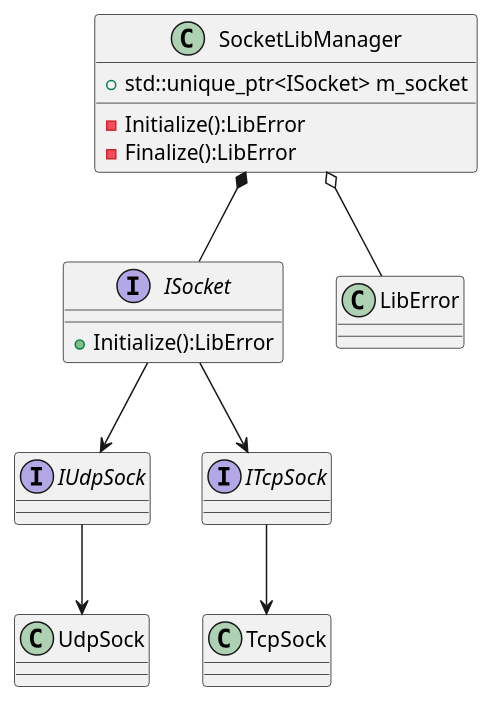
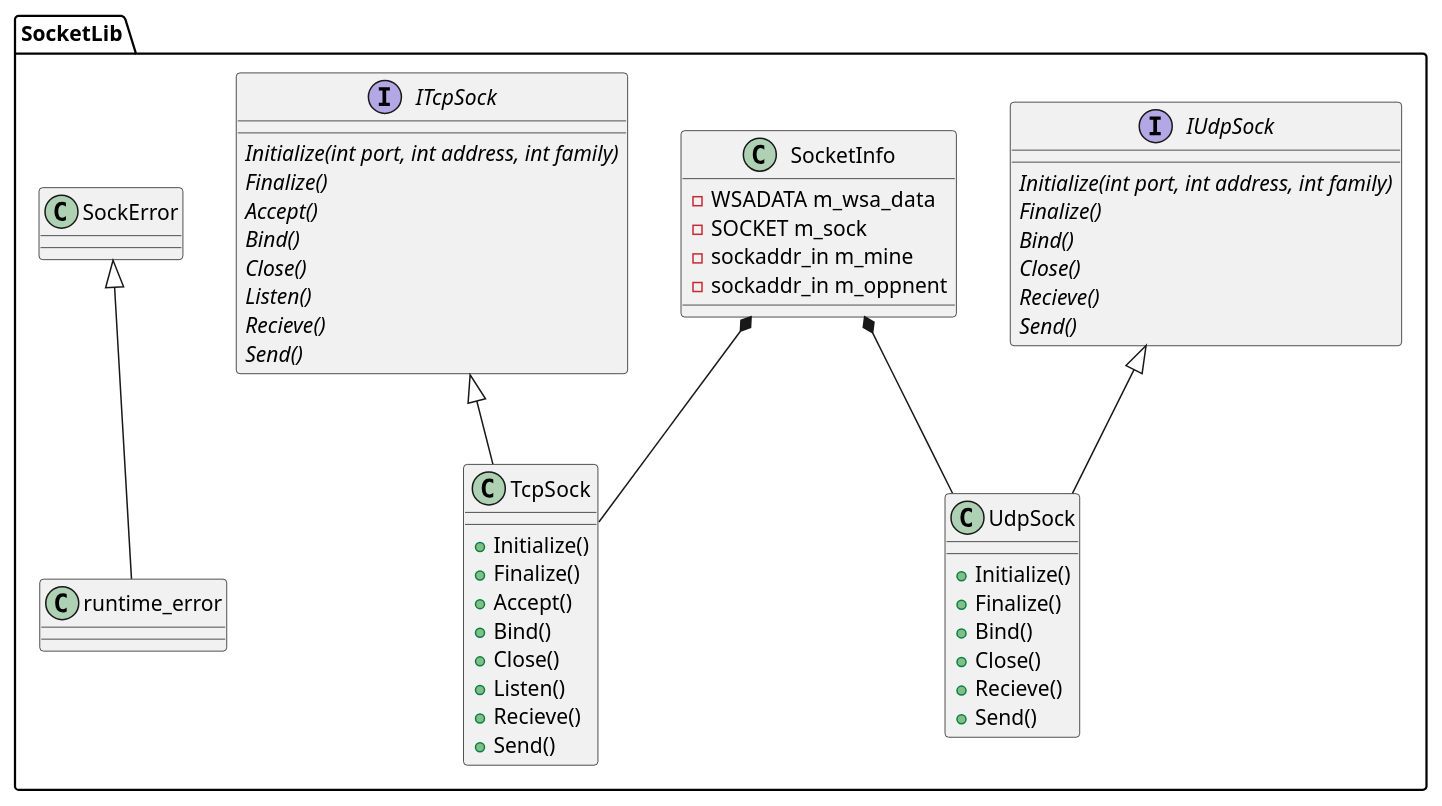
Before and after one commit to WhiteSphereSystems/SocketLib: the diagram in image/component.pu, drawn with PlantUML. The commit also changed 1 other file, not shown here.

Commit message:
Updated component.pu SocketLib.png

```diff
--- a/image/component.pu
+++ b/image/component.pu
@@ -1,36 +1,62 @@
 @startuml SocketLib Class
+namespace SocketLib{
 
-class SocketLibManager{
-    +std::unique_ptr<ISocket> m_socket
-    -Initialize():LibError
-    -Finalize():LibError
+interface IUdpSock{
+    {abstract} Initialize(int port, int address, int family)
+    {abstract} Finalize()
+    {abstract} Bind()
+    {abstract} Close()
+    {abstract} Recieve()
+    {abstract} Send()
 }
 
-interface ISocket{
-    +Initialize():LibError
+interface ITcpSock{
+    {abstract} Initialize(int port, int address, int family)
+    {abstract} Finalize()
+    {abstract} Accept()
+    {abstract} Bind()
+    {abstract} Close()
+    {abstract} Listen()
+    {abstract} Recieve()
+    {abstract} Send()
 }
 
-interface IUdpSock{
+class SocketInfo{
+    -WSADATA m_wsa_data
+    -SOCKET m_sock
+    -sockaddr_in m_mine
+    -sockaddr_in m_oppnent
+}
+
+class UdpSock{
+    +Initialize()
+    +Finalize()
+    +Bind()
+    +Close()
+    +Recieve()
+    +Send()    
+}
+
+class TcpSock{
+    +Initialize()
+    +Finalize()
+    +Accept()
+    +Bind()
+    +Close()
+    +Listen()
+    +Recieve()
+    +Send()
+}
+
+class SockError{
 
 }
 
-class UdpSock{
+IUdpSock <|-- UdpSock
+ITcpSock <|-- TcpSock
+SocketInfo *-- UdpSock
+SocketInfo *-- TcpSock
+SockError <|-- runtime_error
 
 }
-
-interface ITcpSock{
-
-}
-
-class TcpSock{
-
-}
-
-IUdpSock --> UdpSock
-ITcpSock --> TcpSock
-ISocket --> IUdpSock
-ISocket --> ITcpSock
-SocketLibManager *-- ISocket
-SocketLibManager o-- LibError
-
 @enduml
```
